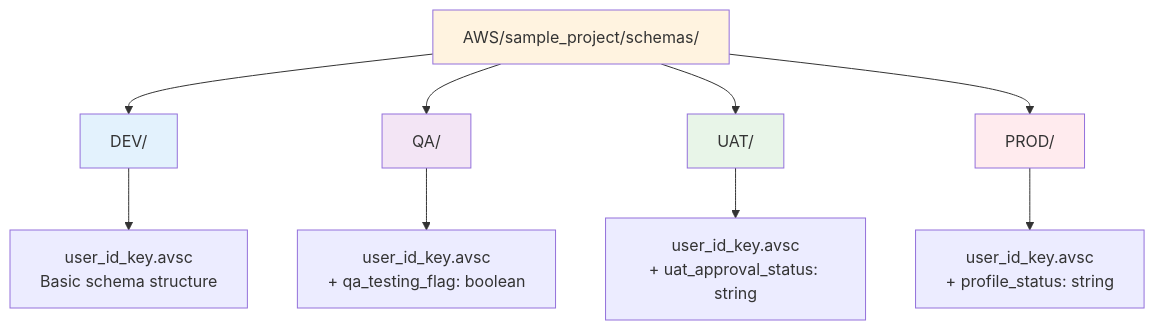
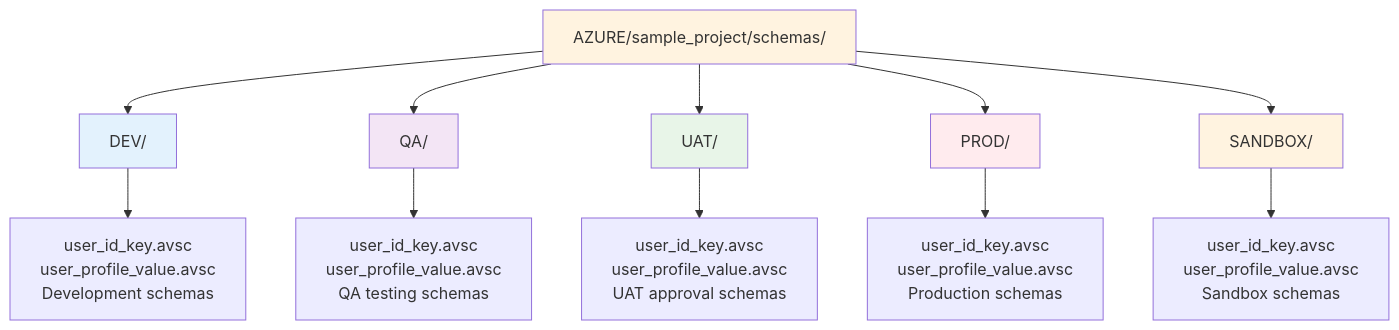
One commit to aakashchhabra1989/confluent-resource-manager-azure changed the ninth of 10 diagrams in architecture/ARCHITECTURE_DIAGRAMS.md. Above: the diagram before and after it, drawn with Mermaid. The commit also changed other lines of this file and 4 other files, not shown here.

Commit message:
docs and architecture updated

````diff
--- a/architecture/ARCHITECTURE_DIAGRAMS.md
+++ b/architecture/ARCHITECTURE_DIAGRAMS.md
@@ -272,18 +351,21 @@
 ```mermaid
 flowchart TD
-    A[AWS/sample_project/schemas/] --> B[DEV/]
+    A[AZURE/sample_project/schemas/] --> B[DEV/]
     A --> C[QA/]
     A --> D[UAT/]
     A --> E[PROD/]
+    A --> F[SANDBOX/]
     
-    B --> B1[user_id_key.avsc<br/>Basic schema structure]
-    C --> C1[user_id_key.avsc<br/>+ qa_testing_flag: boolean]
-    D --> D1[user_id_key.avsc<br/>+ uat_approval_status: string]
-    E --> E1[user_id_key.avsc<br/>+ profile_status: string]
+    B --> B1[user_id_key.avsc<br/>user_profile_value.avsc<br/>Development schemas]
+    C --> C1[user_id_key.avsc<br/>user_profile_value.avsc<br/>QA testing schemas]
+    D --> D1[user_id_key.avsc<br/>user_profile_value.avsc<br/>UAT approval schemas]
+    E --> E1[user_id_key.avsc<br/>user_profile_value.avsc<br/>Production schemas]
+    F --> F1[user_id_key.avsc<br/>user_profile_value.avsc<br/>Sandbox schemas]
     
     style A fill:#fff3e0
     style B fill:#e3f2fd
     style C fill:#f3e5f5
     style D fill:#e8f5e8
     style E fill:#ffebee
+    style F fill:#fff3e0
 ```
````
